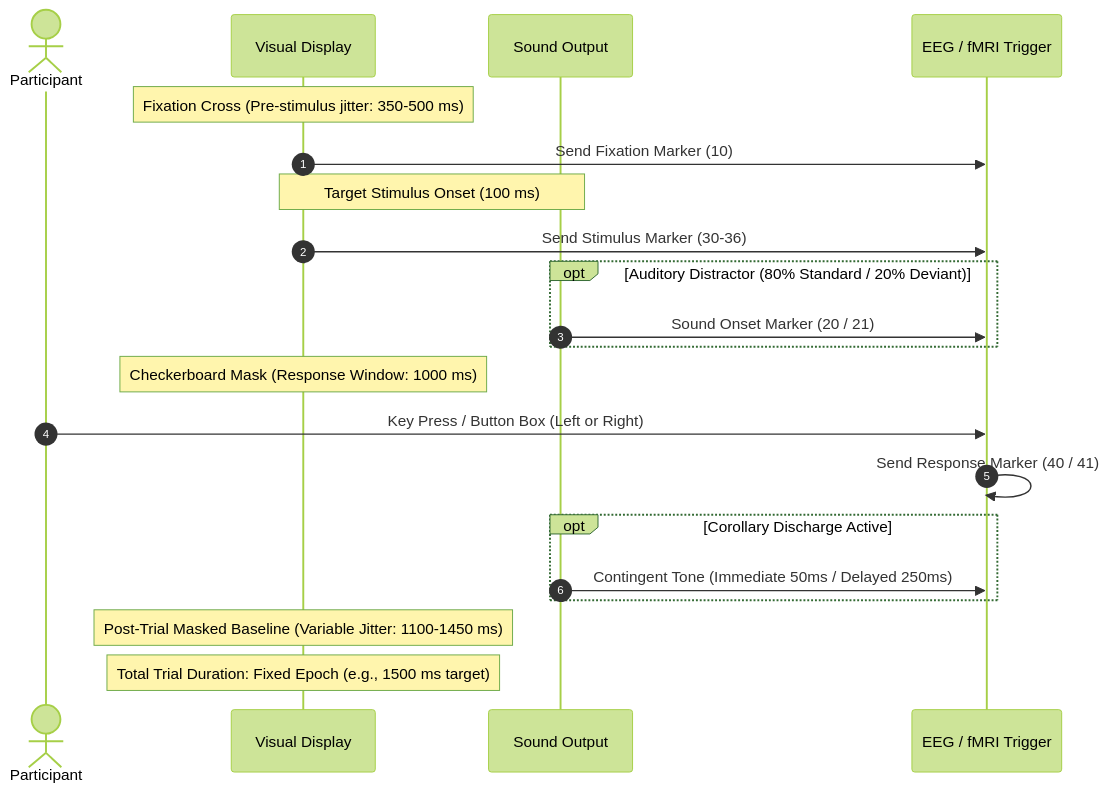
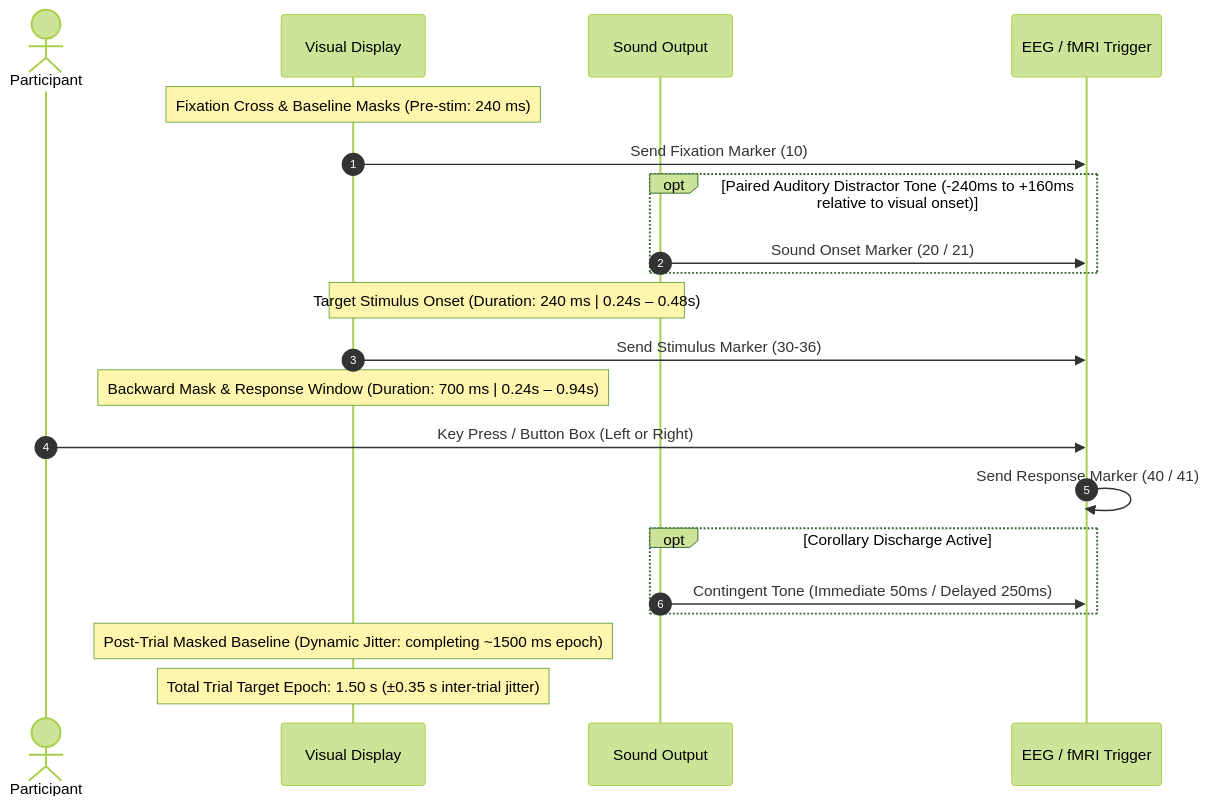
Before and after one commit to arunsasidharan84/ANGEL_PsychoPy: the second of 3 diagrams in README.md, drawn with Mermaid (forest theme). The commit also changed other lines of this file, not shown here.

Commit message:
Correct stimulus duration to 240ms, response window to 700ms, and add trial routine component breakdown table in README

````diff
--- a/README.md
+++ b/README.md
@@ -93,24 +93,24 @@
 ```mermaid
 sequenceDiagram
     autonumber
     actor Sub as Participant
     participant Disp as Visual Display
     participant Aud as Sound Output
     participant Trig as EEG / fMRI Trigger
 
-    Note over Disp: Fixation Cross (Pre-stimulus jitter: 350-500 ms)
+    Note over Disp: Fixation Cross & Baseline Masks (Pre-stim: 240 ms)
     Disp->>Trig: Send Fixation Marker (10)
-    Note over Disp,Aud: Target Stimulus Onset (100 ms)
-    Disp->>Trig: Send Stimulus Marker (30-36)
-    opt Auditory Distractor (80% Standard / 20% Deviant)
+    opt Paired Auditory Distractor Tone (-240ms to +160ms relative to visual onset)
         Aud->>Trig: Sound Onset Marker (20 / 21)
     end
-    Note over Disp: Checkerboard Mask (Response Window: 1000 ms)
+    Note over Disp,Aud: Target Stimulus Onset (Duration: 240 ms | 0.24s – 0.48s)
+    Disp->>Trig: Send Stimulus Marker (30-36)
+    Note over Disp: Backward Mask & Response Window (Duration: 700 ms | 0.24s – 0.94s)
     Sub->>Trig: Key Press / Button Box (Left or Right)
     Trig->>Trig: Send Response Marker (40 / 41)
     opt Corollary Discharge Active
         Aud->>Trig: Contingent Tone (Immediate 50ms / Delayed 250ms)
     end
-    Note over Disp: Post-Trial Masked Baseline (Variable Jitter: 1100-1450 ms)
-    Note over Disp: Total Trial Duration: Fixed Epoch (e.g., 1500 ms target)
+    Note over Disp: Post-Trial Masked Baseline (Dynamic Jitter: completing ~1500 ms epoch)
+    Note over Disp: Total Trial Target Epoch: 1.50 s (±0.35 s inter-trial jitter)
 ```
````
